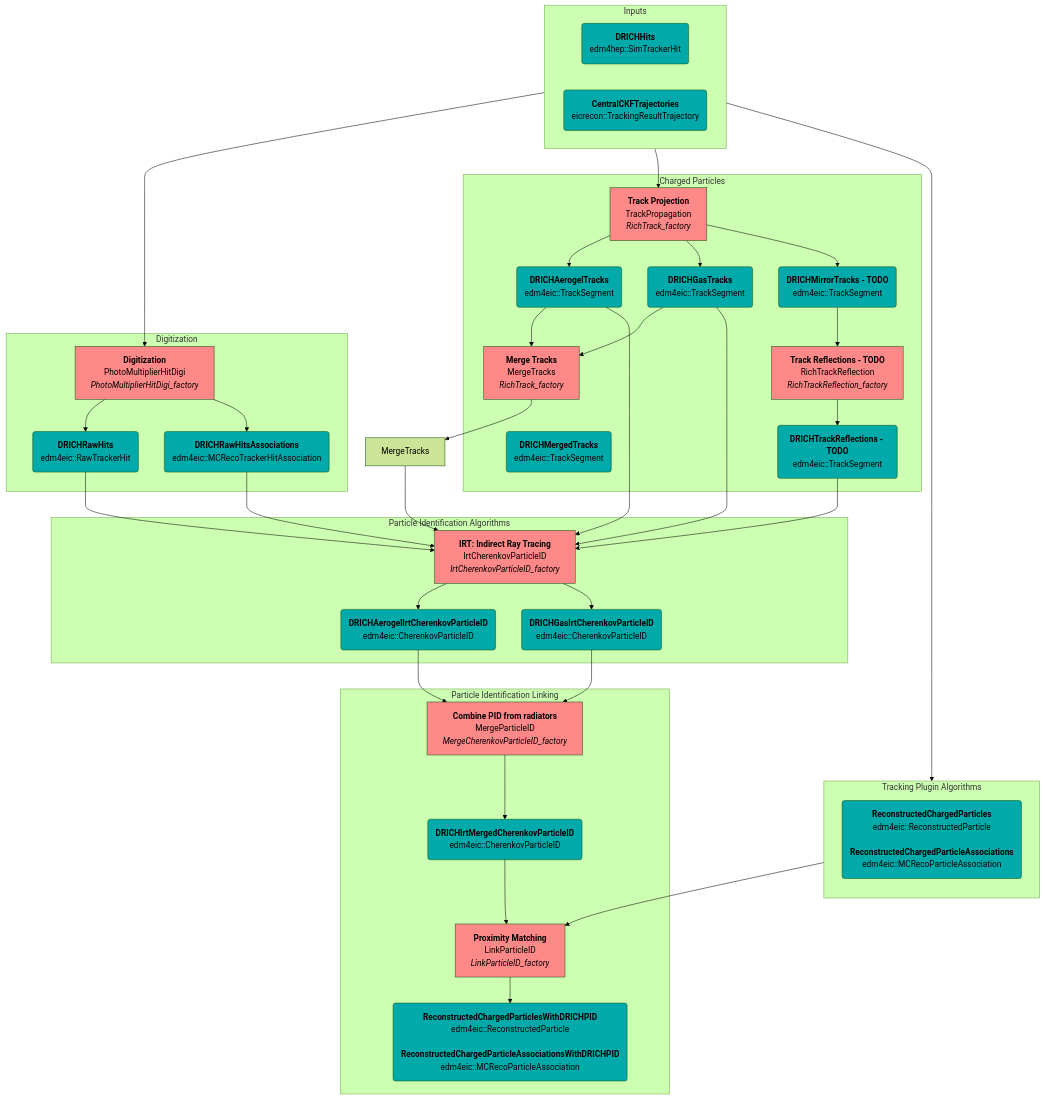
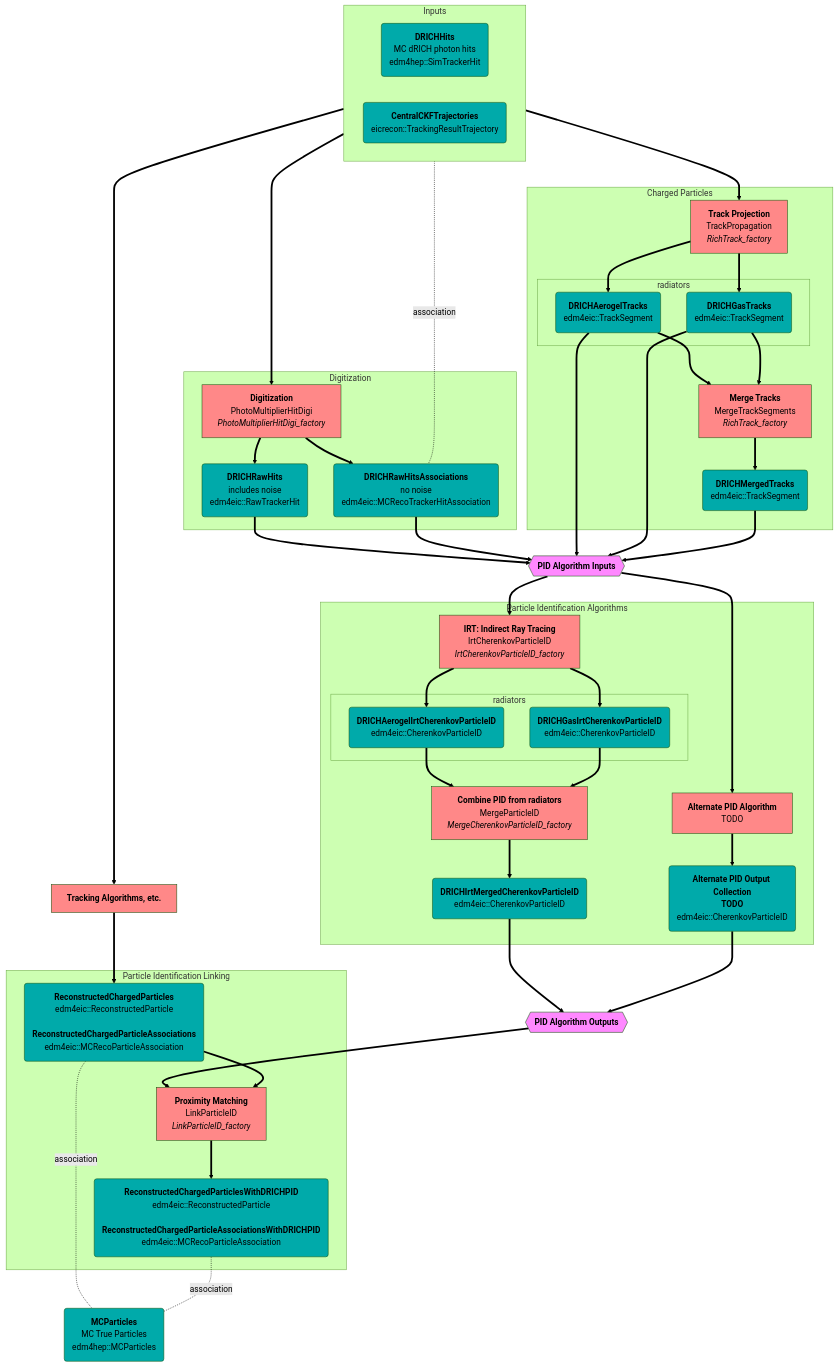
One commit to eic/EICrecon changed the second of 5 diagrams in src/detectors/DRICH/README.md. Above: the diagram before and after it, drawn with Mermaid (forest theme). The commit also changed other lines of this file, not shown here.

Commit message:
doc: fix mermaid

````diff
--- a/src/detectors/DRICH/README.md
+++ b/src/detectors/DRICH/README.md
@@ -17,6 +17,7 @@
 flowchart TB
   classDef alg fill:#ff8888,color:black
   classDef col fill:#00aaaa,color:black
+  classDef misc fill:#ff88ff,color:black
 
   %%-----------------
   %% Nodes
@@ -24,82 +25,97 @@
 
   subgraph Inputs
     direction LR
-    SimHits(<strong>DRICHHits</strong><br/>edm4hep::SimTrackerHit):::col
+    SimHits(<strong>DRICHHits</strong><br/>MC dRICH photon hits<br/>edm4hep::SimTrackerHit):::col
     Trajectories(<strong>CentralCKFTrajectories</strong><br/>eicrecon::TrackingResultTrajectory):::col
   end
 
   subgraph Digitization
-    DigiAlg[<strong>Digitization</strong><br/>PhotoMultiplierHitDigi<br><i>PhotoMultiplierHitDigi_factory</i>]:::alg
-    RawHits(<strong>DRICHRawHits</strong><br/>edm4eic::RawTrackerHit):::col
-    HitAssocs(<strong>DRICHRawHitsAssociations</strong><br/>edm4eic::MCRecoTrackerHitAssociation):::col
+    DigiAlg[<strong>Digitization</strong><br/>PhotoMultiplierHitDigi<br/><i>PhotoMultiplierHitDigi_factory</i>]:::alg
+    RawHits(<strong>DRICHRawHits</strong><br/>includes noise<br/>edm4eic::RawTrackerHit):::col
+    HitAssocs(<strong>DRICHRawHitsAssociations</strong><br/>no noise<br/>edm4eic::MCRecoTrackerHitAssociation):::col
   end
 
   subgraph Charged Particles
 
-    PropagatorAlg[<strong>Track Projection</strong><br/>TrackPropagation<br><i>RichTrack_factory</i>]:::alg
-    MergeTracksAlg[<strong>Merge Tracks</strong><br/>MergeTracks<br><i>RichTrack_factory</i>]:::alg
-    AerogelTracks(<strong>DRICHAerogelTracks</strong><br/>edm4eic::TrackSegment):::col
-    GasTracks(<strong>DRICHGasTracks</strong><br/>edm4eic::TrackSegment):::col
+    PropagatorAlg[<strong>Track Projection</strong><br/>TrackPropagation<br/><i>RichTrack_factory</i>]:::alg
+    subgraph rad1 [radiators]
+      AerogelTracks(<strong>DRICHAerogelTracks</strong><br/>edm4eic::TrackSegment):::col
+      GasTracks(<strong>DRICHGasTracks</strong><br/>edm4eic::TrackSegment):::col
+    end
+    MergeTracksAlg[<strong>Merge Tracks</strong><br/>MergeTrackSegments<br/><i>RichTrack_factory</i>]:::alg
     MergedTracks(<strong>DRICHMergedTracks</strong><br/>edm4eic::TrackSegment):::col
 
-    MirrorTracks(<strong>DRICHMirrorTracks - TODO</strong><br/>edm4eic::TrackSegment):::col
-    ReflectionsAlg[<strong>Track Reflections - TODO</strong><br/>RichTrackReflection<br><i>RichTrackReflection_factory</i>]:::alg
-    Reflections(<strong>DRICHTrackReflections - TODO</strong><br/>edm4eic::TrackSegment):::col
+    %% MirrorTracks(<strong>DRICHMirrorTracks - TODO</strong><br/>edm4eic::TrackSegment):::col
+    %% ReflectionsAlg[<strong>Track Reflections - TODO</strong><br/>RichTrackReflection<br/><i>RichTrackReflection_factory</i>]:::alg
+    %% Reflections(<strong>DRICHTrackReflections - TODO</strong><br/>edm4eic::TrackSegment):::col
   end
 
+  PIDInputs{{<strong>PID Algorithm Inputs</strong>}}:::misc
+
   subgraph Particle Identification Algorithms
-    IRT[<strong>IRT: Indirect Ray Tracing</strong><br/>IrtCherenkovParticleID<br><i>IrtCherenkovParticleID_factory</i>]:::alg
-    IRTPIDAerogel(<strong>DRICHAerogelIrtCherenkovParticleID</strong><br/>edm4eic::CherenkovParticleID):::col
-    IRTPIDGas(<strong>DRICHGasIrtCherenkovParticleID</strong><br/>edm4eic::CherenkovParticleID):::col
+    IRT[<strong>IRT: Indirect Ray Tracing</strong><br/>IrtCherenkovParticleID<br/><i>IrtCherenkovParticleID_factory</i>]:::alg
+    subgraph rad2 [radiators]
+      IRTPIDAerogel(<strong>DRICHAerogelIrtCherenkovParticleID</strong><br/>edm4eic::CherenkovParticleID):::col
+      IRTPIDGas(<strong>DRICHGasIrtCherenkovParticleID</strong><br/>edm4eic::CherenkovParticleID):::col
+    end
+
+    AlternatePIDAlgo[<strong>Alternate PID Algorithm</strong><br/>TODO]:::alg
+    AlternatePID(<strong>Alternate PID Output Collection<br/>TODO</strong><br/>edm4eic::CherenkovParticleID):::col
+
+    MergePID[<strong>Combine PID from radiators</strong><br/>MergeParticleID<br/><i>MergeCherenkovParticleID_factory</i>]:::alg
+    IRTPIDMerged(<strong>DRICHIrtMergedCherenkovParticleID</strong><br/>edm4eic::CherenkovParticleID):::col
   end
 
+  PIDOutputs{{<strong>PID Algorithm Outputs</strong>}}:::misc
+
+  TrackingAlgos[<strong>Tracking Algorithms, etc.</strong>]:::alg
+
   subgraph Particle Identification Linking
-    Merge[<strong>Combine PID from radiators</strong><br/>MergeParticleID<br><i>MergeCherenkovParticleID_factory</i>]:::alg
-    MergePID(<strong>DRICHIrtMergedCherenkovParticleID</strong><br/>edm4eic::CherenkovParticleID):::col
+    ReconParts(<strong>ReconstructedChargedParticles</strong><br/>edm4eic::ReconstructedParticle<br/><br/><strong>ReconstructedChargedParticleAssociations</strong><br/>edm4eic::MCRecoParticleAssociation):::col
 
-    ProxMatch[<strong>Proximity Matching</strong><br/>LinkParticleID<br><i>LinkParticleID_factory</i>]:::alg
+    ProxMatch[<strong>Proximity Matching</strong><br/>LinkParticleID<br/><i>LinkParticleID_factory</i>]:::alg
     ReconPartsWithPID(<strong>ReconstructedChargedParticlesWithDRICHPID</strong><br/>edm4eic::ReconstructedParticle<br/><br/><strong>ReconstructedChargedParticleAssociationsWithDRICHPID</strong><br/>edm4eic::MCRecoParticleAssociation):::col
   end
 
-  subgraph Tracking Plugin Algorithms
-    direction TB
-    ReconParts(<strong>ReconstructedChargedParticles</strong><br/>edm4eic::ReconstructedParticle<br/><br/><strong>ReconstructedChargedParticleAssociations</strong><br/>edm4eic::MCRecoParticleAssociation):::col
-  end
+  MCParts(<strong>MCParticles</strong><br/>MC True Particles<br/>edm4hep::MCParticles):::col
 
   %%-----------------
   %% Edges
   %%-----------------
 
   %% digitization
-  SimHits --> DigiAlg
-  DigiAlg --> RawHits
-  DigiAlg --> HitAssocs
+  SimHits ==> DigiAlg
+  DigiAlg ==> RawHits
+  DigiAlg ==> HitAssocs
+  SimHits -.association.- HitAssocs
 
   %% tracking
-  Trajectories   --> PropagatorAlg
-  PropagatorAlg  --> AerogelTracks --> MergeTracksAlg
-  PropagatorAlg  --> GasTracks     --> MergeTracksAlg
-  MergeTracksAlg --> MergeTracks
-  PropagatorAlg  --> MirrorTracks
-  MirrorTracks   --> ReflectionsAlg
-  ReflectionsAlg --> Reflections
+  Trajectories   ==> PropagatorAlg
+  PropagatorAlg  ==> AerogelTracks ==> MergeTracksAlg
+  PropagatorAlg  ==> GasTracks     ==> MergeTracksAlg
+  MergeTracksAlg ==> MergedTracks
+
+  %% track reflections
+  %% PropagatorAlg  ==> MirrorTracks
+  %% MirrorTracks   ==> ReflectionsAlg
+  %% ReflectionsAlg ==> Reflections
+  %% Reflections    ==> PIDInputs
 
   %% PID
-  RawHits       --> IRT
-  HitAssocs     --> IRT
-  AerogelTracks --> IRT
-  GasTracks     --> IRT
-  MergeTracks   --> IRT
-  Reflections   --> IRT
-  IRT           --> IRTPIDAerogel
-  IRT           --> IRTPIDGas
-  IRTPIDAerogel --> Merge
-  IRTPIDGas     --> Merge
-  Merge         --> MergePID
+  RawHits       ==> PIDInputs
+  HitAssocs     ==> PIDInputs
+  AerogelTracks ==> PIDInputs
+  GasTracks     ==> PIDInputs
+  MergedTracks  ==> PIDInputs
+  PIDInputs     ==> IRT
+  IRT           ==> IRTPIDAerogel    ==> MergePID
+  IRT           ==> IRTPIDGas        ==> MergePID
+  MergePID      ==> IRTPIDMerged     ==> PIDOutputs
+  PIDInputs     ==> AlternatePIDAlgo ==> AlternatePID ==> PIDOutputs
 
   %% linking
-  Trajectories --> ReconParts
-  MergePID     --> ProxMatch
-  ReconParts   --> ProxMatch
-  ProxMatch    --> ReconPartsWithPID
+  Trajectories ==> TrackingAlgos ==> ReconParts -.association.- MCParts
+  PIDOutputs   ==> ProxMatch
+  ReconParts   ==> ProxMatch
+  ProxMatch    ==> ReconPartsWithPID -.association.- MCParts
 ```
````
